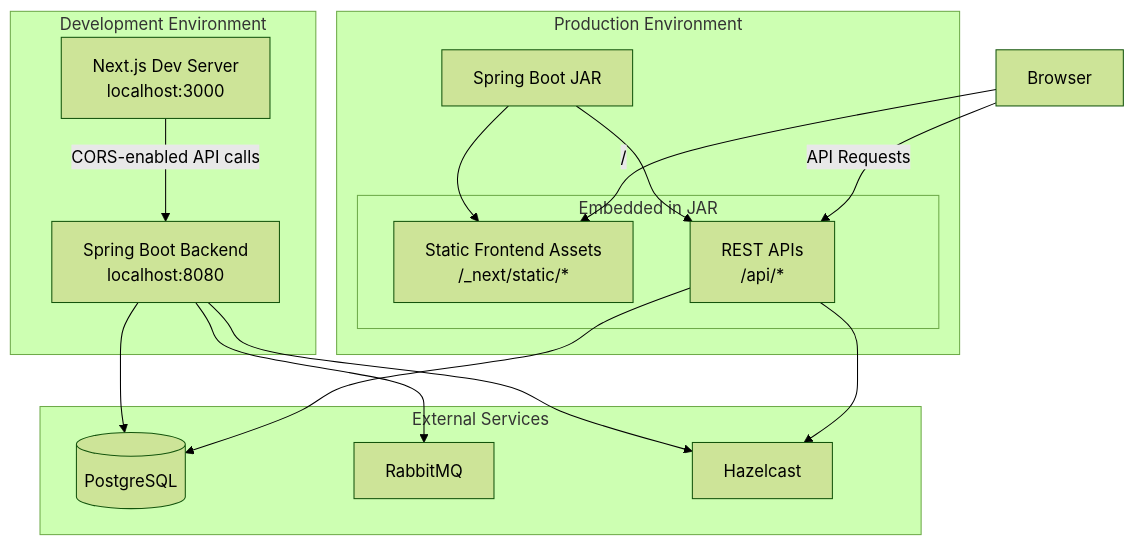
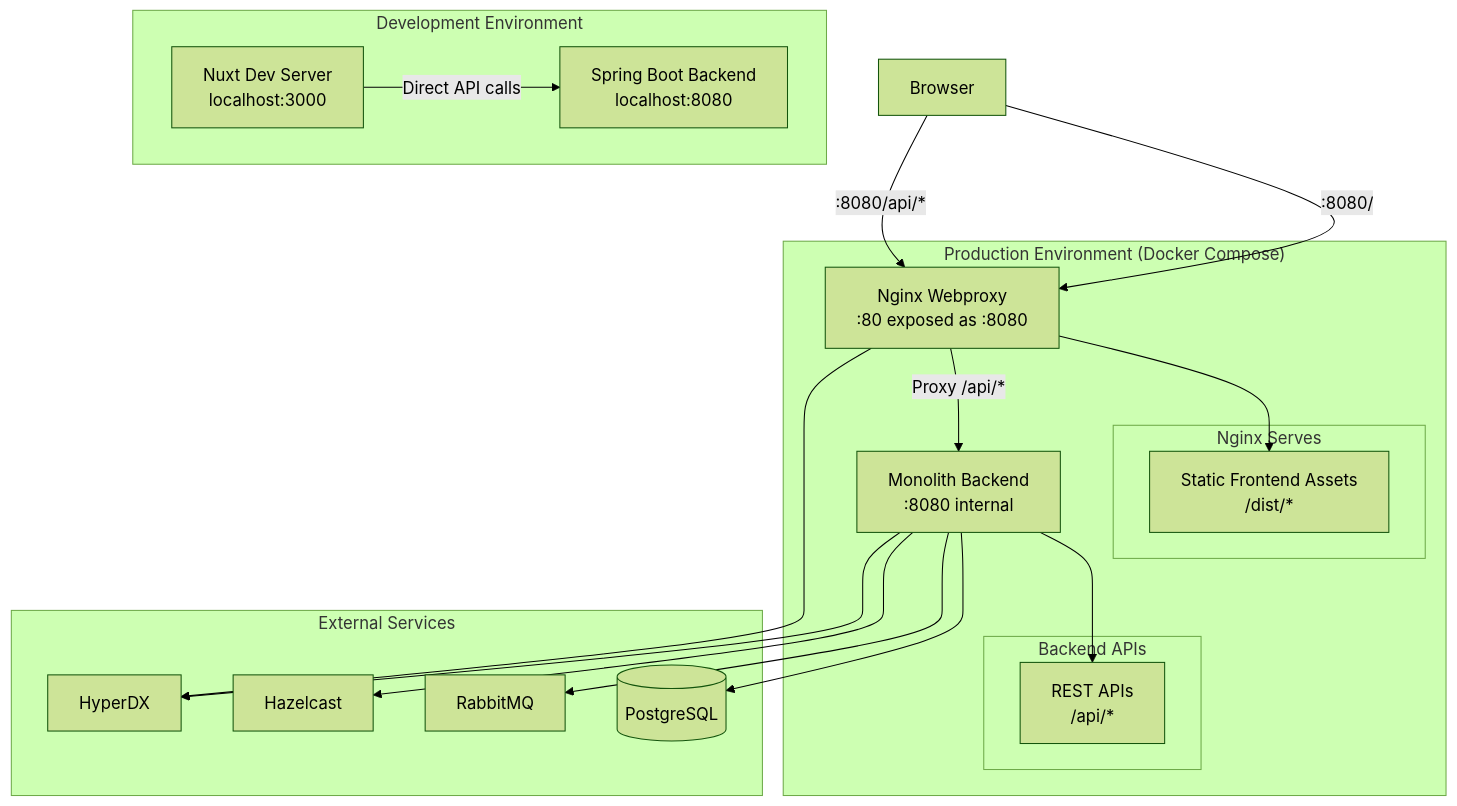
One commit to philipz/spring-modular-monolith changed the second of 4 diagrams in .spec-workflow/specs/nuxt-frontend-integration/design.md. Above: the diagram before and after it, drawn with Mermaid (forest theme). The commit also changed other lines of this file and 43 other files, not shown here.

Commit message:
docs: create Next Frontend Integration specs.

````diff
--- a/.spec-workflow/specs/nuxt-frontend-integration/design.md
+++ b/.spec-workflow/specs/nuxt-frontend-integration/design.md
@@ -117,33 +123,39 @@
 ```mermaid
 graph TB
     subgraph "Development Environment"
-        FE[Next.js Dev Server<br/>localhost:3000]
+        FE[Nuxt Dev Server<br/>localhost:3000]
         BE[Spring Boot Backend<br/>localhost:8080]
-        FE -->|CORS-enabled API calls| BE
+        FE -->|Direct API calls| BE
     end
 
-    subgraph "Production Environment"
-        JAR[Spring Boot JAR]
-        subgraph "Embedded in JAR"
-            STATIC[Static Frontend Assets<br/>/_next/static/*]
+    subgraph "Production Environment (Docker Compose)"
+        NGINX[Nginx Webproxy<br/>:80 exposed as :8080]
+        subgraph "Nginx Serves"
+            STATIC[Static Frontend Assets<br/>/dist/*]
+        end
+        MONO[Monolith Backend<br/>:8080 internal]
+        subgraph "Backend APIs"
             API[REST APIs<br/>/api/*]
         end
-        JAR --> STATIC
-        JAR --> API
+
+        NGINX --> STATIC
+        NGINX -->|Proxy /api/*| MONO
+        MONO --> API
     end
 
     subgraph "External Services"
         PG[(PostgreSQL)]
         RMQ[RabbitMQ]
-        HZ[Hazelcast]
+        HZST[Hazelcast]
+        HDX[HyperDX]
     end
 
-    BE --> PG
-    BE --> RMQ
-    BE --> HZ
-    API --> PG
-    API --> HZ
+    MONO --> PG
+    MONO --> RMQ
+    MONO --> HZST
+    NGINX --> HDX
+    MONO --> HDX
 
-    Browser[Browser] -->|/| STATIC
-    Browser -->|API Requests| API
+    Browser[Browser] -->|:8080/| NGINX
+    Browser -->|:8080/api/*| NGINX
 ```
````
